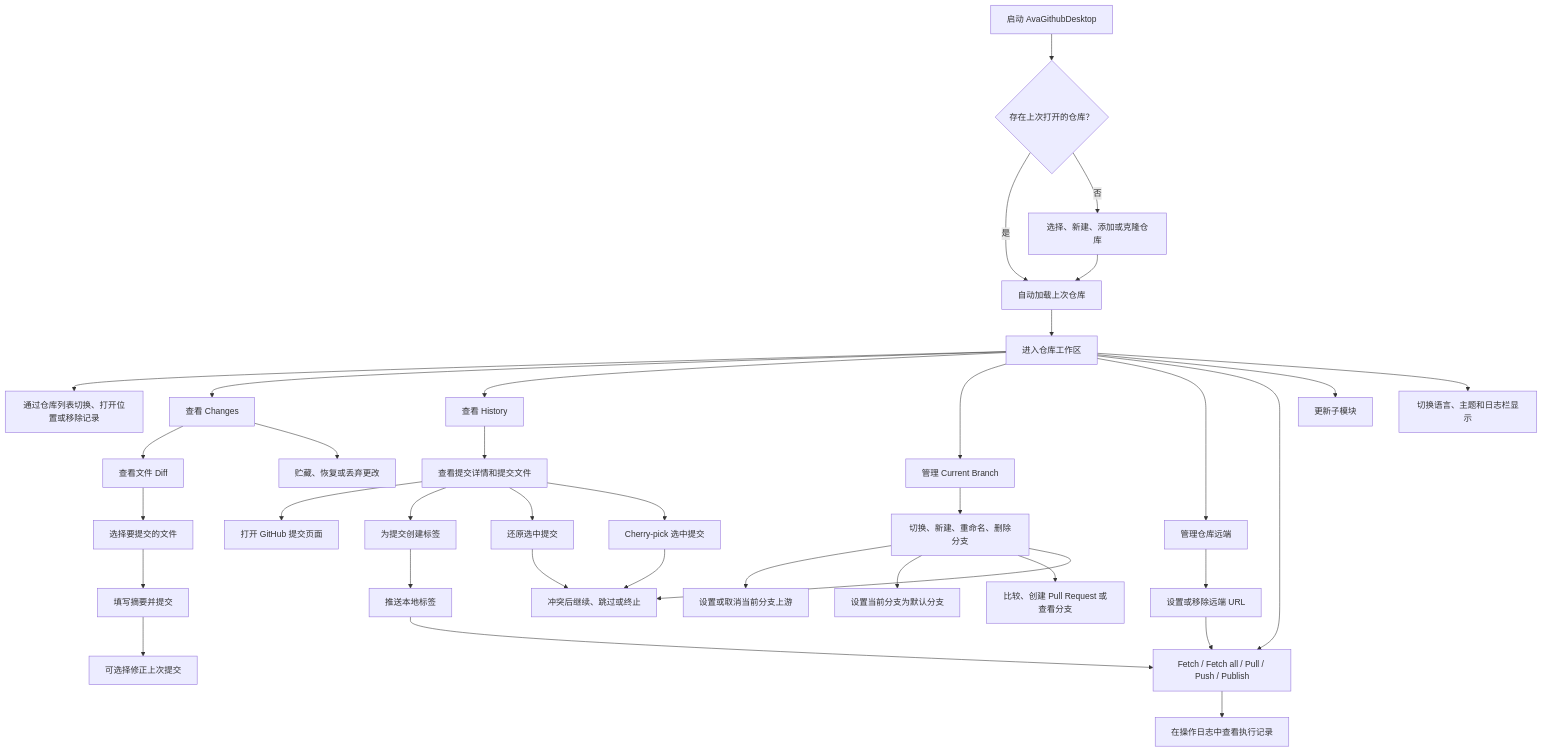
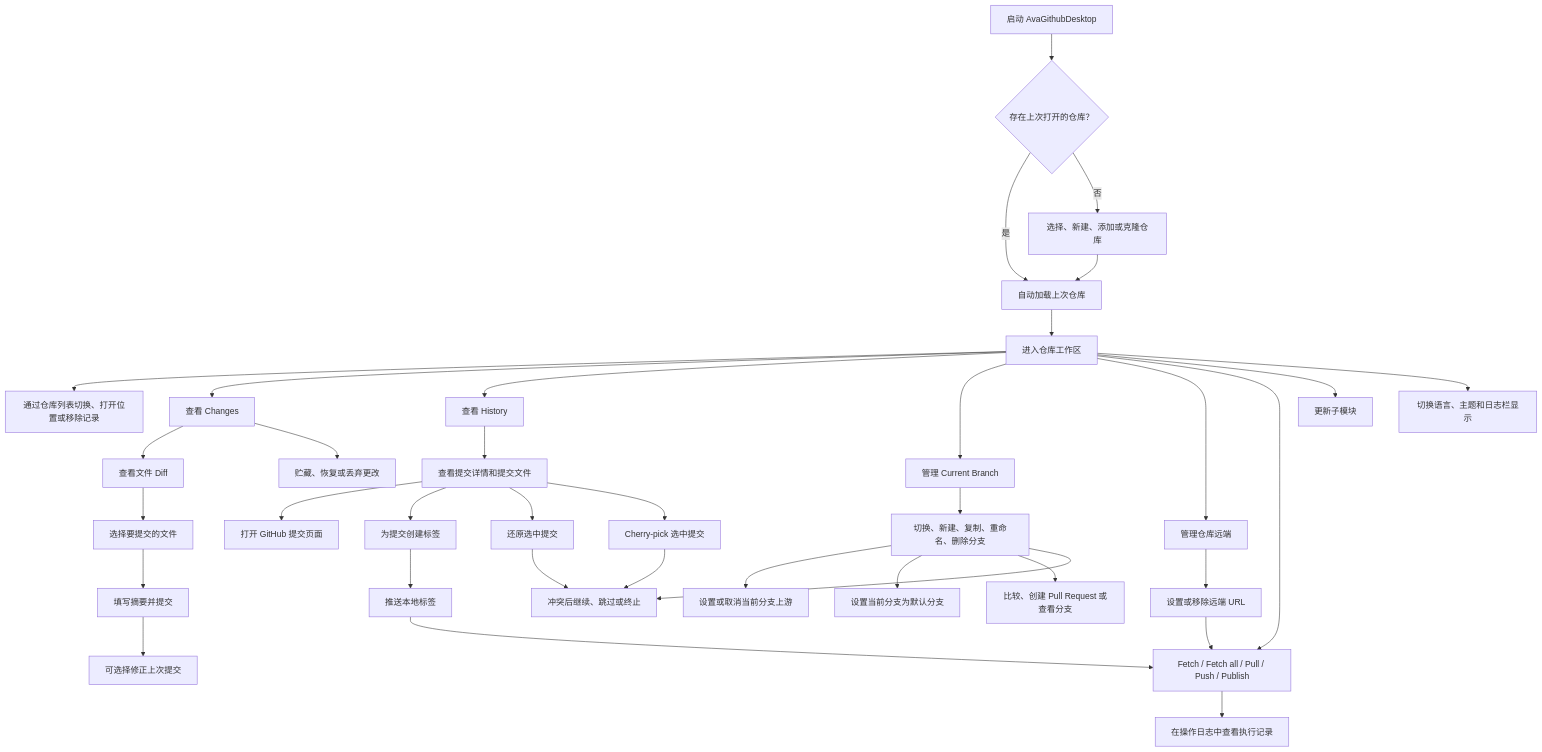
Before and after one commit to dotnet9/AvaGithubDesktop: the diagram in docs/AvaGithubDesktop需求文档.md, drawn with Mermaid. The commit also changed other lines of this file and 5 other files, not shown here.

````diff
--- a/docs/AvaGithubDesktop需求文档.md
+++ b/docs/AvaGithubDesktop需求文档.md
@@ -48,38 +48,38 @@
 ```mermaid
 flowchart TD
     Start["启动 AvaGithubDesktop"] --> Restore{"存在上次打开的仓库？"}
     Restore -->|是| LoadRepo["自动加载上次仓库"]
     Restore -->|否| PickRepo["选择、新建、添加或克隆仓库"]
     PickRepo --> LoadRepo
     LoadRepo --> Workspace["进入仓库工作区"]
     Workspace --> RepoList["通过仓库列表切换、打开位置或移除记录"]
     Workspace --> Changes["查看 Changes"]
     Workspace --> History["查看 History"]
     Workspace --> Branch["管理 Current Branch"]
     Workspace --> Remote["管理仓库远端"]
     Workspace --> Sync["Fetch / Fetch all / Pull / Push / Publish"]
     Changes --> ReviewDiff["查看文件 Diff"]
     ReviewDiff --> SelectFiles["选择要提交的文件"]
     SelectFiles --> Commit["填写摘要并提交"]
     Commit --> Amend["可选择修正上次提交"]
     Changes --> Stash["贮藏、恢复或丢弃更改"]
     History --> CommitDetail["查看提交详情和提交文件"]
     CommitDetail --> OpenCommit["打开 GitHub 提交页面"]
     CommitDetail --> CreateTag["为提交创建标签"]
     CommitDetail --> RevertCommit["还原选中提交"]
     CommitDetail --> CherryPick["Cherry-pick 选中提交"]
     RevertCommit --> ConflictOps
     CherryPick --> ConflictOps
-    Branch --> BranchOps["切换、新建、重命名、删除分支"]
+    Branch --> BranchOps["切换、新建、复制、重命名、删除分支"]
     BranchOps --> UpstreamOps["设置或取消当前分支上游"]
     BranchOps --> DefaultBranch["设置当前分支为默认分支"]
     BranchOps --> BranchGitHub["比较、创建 Pull Request 或查看分支"]
     BranchOps --> ConflictOps["冲突后继续、跳过或终止"]
     Remote --> RemoteOps["设置或移除远端 URL"]
     RemoteOps --> Sync
     CreateTag --> PushTags["推送本地标签"]
     PushTags --> Sync
     Sync --> OperationLog["在操作日志中查看执行记录"]
     Workspace --> Submodules["更新子模块"]
     Workspace --> Settings["切换语言、主题和日志栏显示"]
 ```
````
